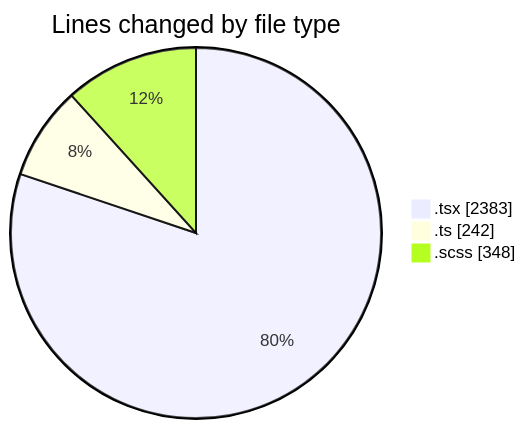
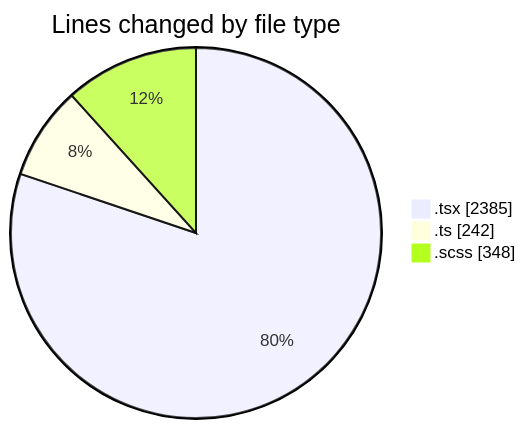
The first of 2 diagrams in 2025-09-15/cda/README.md (momahboobian/code-tracking), drawn with Mermaid before and after one commit. The commit also changed other lines of this file and 1 other file, not shown here.

````diff
--- a/2025-09-15/cda/README.md
+++ b/2025-09-15/cda/README.md
@@ -25,7 +25,7 @@
 ```mermaid
 pie showData
 title Lines changed by file type
-".tsx" : 2383
+".tsx" : 2385
 ".ts" : 242
 ".scss" : 348
 ```
````
